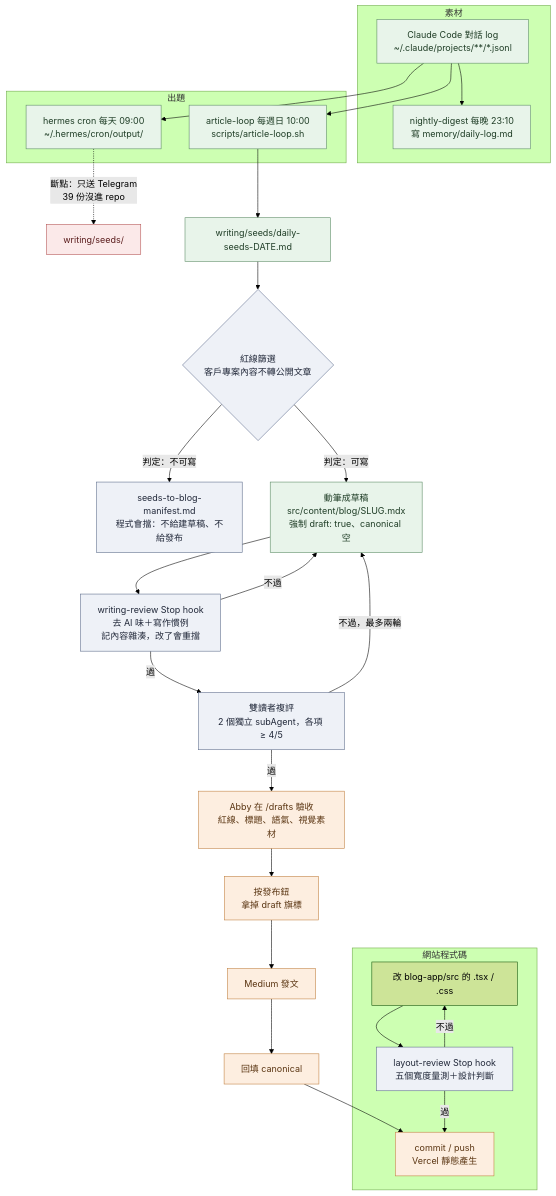
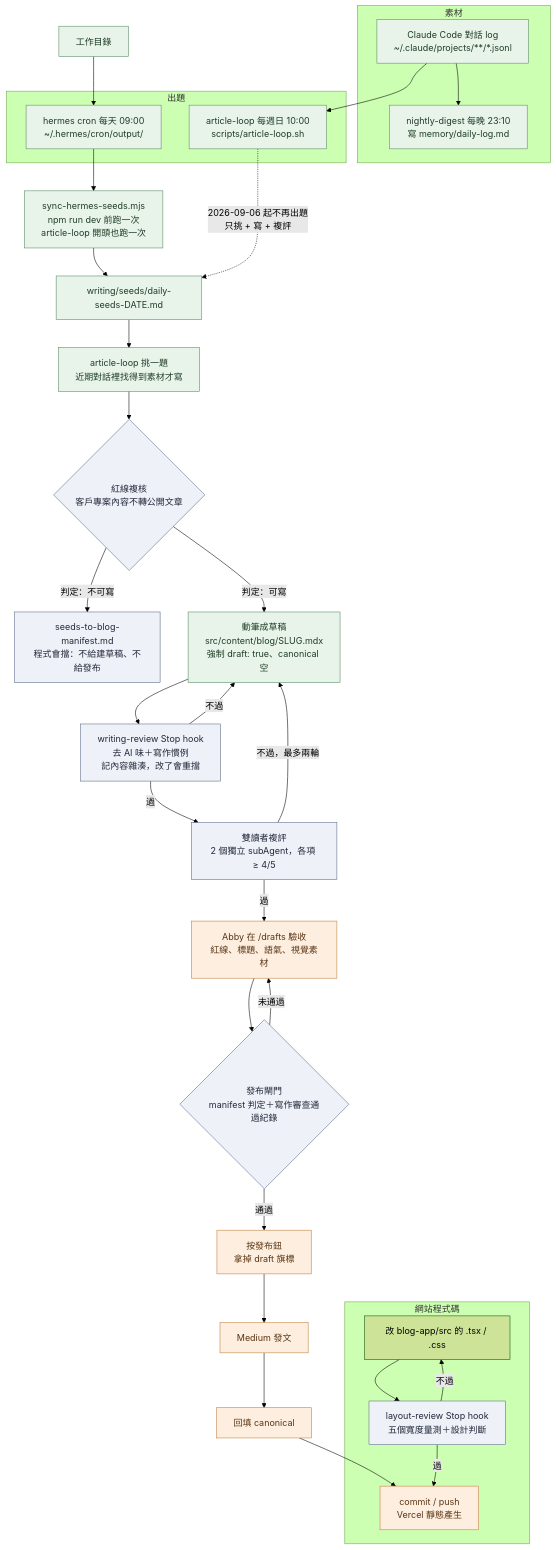
The diagram in docs/diagrams/article-pipeline.mmd (abbyd0208/abby-log), drawn with Mermaid (forest theme) before and after one commit. The commit also changed 2 other files, not shown here.

Commit message:
docs: 流程文件與流程圖跟上這三項修正
斷點分成「已修掉」與「還沒解決」兩節。剩下唯一會靜默劣化的是 5 篇文章的
canonical，補完可以加一支 prebuild 檢查擋在上站之前。

Claude-Session: https://claude.ai/code/session_011LbiwcMdCk8F61Hw1ri9K2

```diff
--- a/docs/diagrams/article-pipeline.mmd
+++ b/docs/diagrams/article-pipeline.mmd
@@ -1,51 +1,54 @@
 flowchart TD
     subgraph SRC["素材"]
         A1["Claude Code 對話 log<br/>~/.claude/projects/**/*.jsonl"]
         A2["nightly-digest 每晚 23:10<br/>寫 memory/daily-log.md"]
         A1 --> A2
     end
 
     subgraph SEED["出題"]
         B1["hermes cron 每天 09:00<br/>~/.hermes/cron/output/"]
         B2["article-loop 每週日 10:00<br/>scripts/article-loop.sh"]
     end
 
-    A1 --> B1
     A1 --> B2
+    WORK["工作目錄"] --> B1
 
-    B1 -. "斷點：只送 Telegram<br/>39 份沒進 repo" .-> BROKEN["writing/seeds/"]
-    B2 --> SEEDS["writing/seeds/daily-seeds-DATE.md"]
+    B1 --> SYNC["sync-hermes-seeds.mjs<br/>npm run dev 前跑一次<br/>article-loop 開頭也跑一次"]
+    SYNC --> SEEDS["writing/seeds/daily-seeds-DATE.md"]
+    B2 -. "2026-09-06 起不再出題<br/>只挑 + 寫 + 複評" .-> SEEDS
 
-    SEEDS --> C{"紅線篩選<br/>客戶專案內容不轉公開文章"}
+    SEEDS --> PICK["article-loop 挑一題<br/>近期對話裡找得到素材才寫"]
+    PICK --> C{"紅線複核<br/>客戶專案內容不轉公開文章"}
     C -->|"判定：不可寫"| MANIFEST["seeds-to-blog-manifest.md<br/>程式會擋：不給建草稿、不給發布"]
     C -->|"判定：可寫"| D["動筆成草稿<br/>src/content/blog/SLUG.mdx<br/>強制 draft: true、canonical 空"]
 
     D --> E["writing-review Stop hook<br/>去 AI 味＋寫作慣例<br/>記內容雜湊，改了會重擋"]
     E -->|"不過"| D
     E -->|"過"| F["雙讀者複評<br/>2 個獨立 subAgent，各項 ≥ 4/5"]
     F -->|"不過，最多兩輪"| D
     F -->|"過"| G
 
     G["Abby 在 /drafts 驗收<br/>紅線、標題、語氣、視覺素材"]
-    G --> H["按發布鈕<br/>拿掉 draft 旗標"]
+    G --> GATE{"發布閘門<br/>manifest 判定＋寫作審查通過紀錄"}
+    GATE -->|"未通過"| G
+    GATE -->|"通過"| H["按發布鈕<br/>拿掉 draft 旗標"]
     H --> I["Medium 發文"]
     I --> J["回填 canonical"]
     J --> K["commit / push<br/>Vercel 靜態產生"]
 
     subgraph APP["網站程式碼"]
         L["改 blog-app/src 的 .tsx / .css"]
         M["layout-review Stop hook<br/>五個寬度量測＋設計判斷"]
         L --> M
         M -->|"不過"| L
         M -->|"過"| K
     end
 
     classDef auto fill:#e8f4ea,stroke:#5a8a63,color:#1f3d26
     classDef gate fill:#eef1f7,stroke:#5c6b8a,color:#22293a
     classDef human fill:#fdeee0,stroke:#c08040,color:#5a3512
     classDef broken fill:#fbe9e9,stroke:#b45454,color:#5a1c1c
 
-    class A1,A2,B1,B2,SEEDS,D auto
-    class C,E,F,M,MANIFEST gate
+    class A1,A2,B1,B2,SEEDS,SYNC,PICK,WORK,D auto
+    class C,E,F,M,MANIFEST,GATE gate
     class G,H,I,J,K human
-    class BROKEN broken
```
